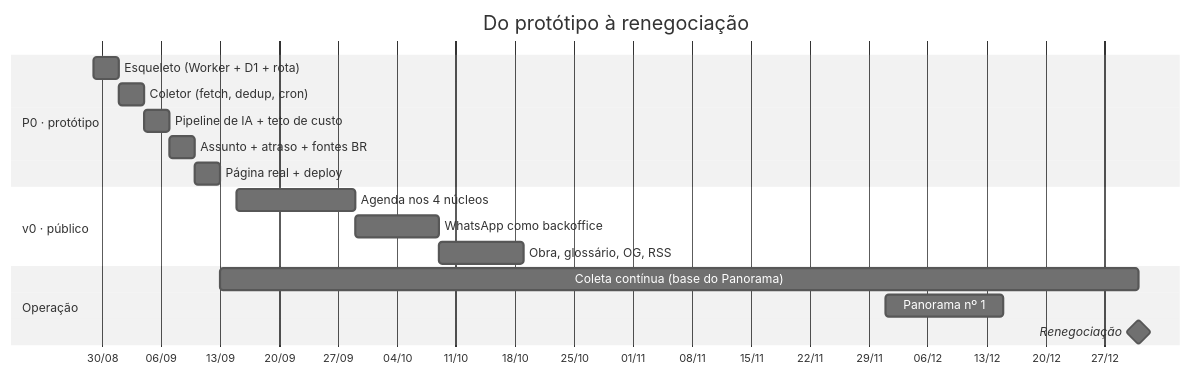
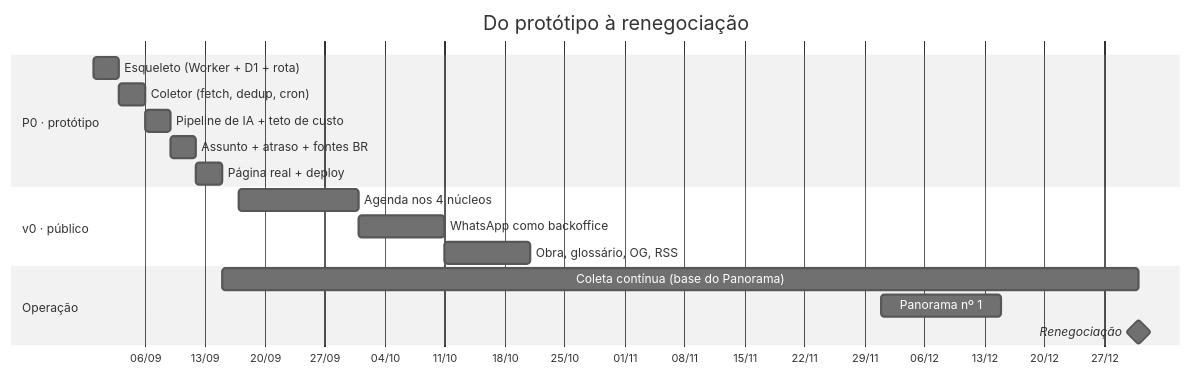
One commit to pethrus07/instituto-automacao changed the diagram in docs/ROADMAP.md. Above: the diagram before and after it, drawn with Mermaid (neutral theme). The commit also changed other lines of this file and 18 other files, not shown here.

First line of the commit message:
feat: bloco 1 do P0 — Worker, schema do D1 e rotas de leitura

````diff
--- a/docs/ROADMAP.md
+++ b/docs/ROADMAP.md
@@ -6,20 +6,20 @@
 ```mermaid
 gantt
     dateFormat YYYY-MM-DD
     axisFormat %d/%m
     title  Do protótipo à renegociação
     section P0 · protótipo
-    Esqueleto (Worker + D1 + rota)      :p1, 2026-08-29, 3d
+    Esqueleto (Worker + D1 + rota)      :p1, 2026-08-31, 3d
     Coletor (fetch, dedup, cron)        :p2, after p1, 3d
     Pipeline de IA + teto de custo      :p3, after p2, 3d
     Assunto + atraso + fontes BR        :p4, after p3, 3d
     Página real + deploy                :p5, after p4, 3d
     section v0 · público
-    Agenda nos 4 núcleos                :v1, 2026-09-15, 14d
+    Agenda nos 4 núcleos                :v1, 2026-09-17, 14d
     WhatsApp como backoffice            :v2, after v1, 10d
     Obra, glossário, OG, RSS            :v3, after v2, 10d
     section Operação
-    Coleta contínua (base do Panorama)  :o1, 2026-09-13, 109d
+    Coleta contínua (base do Panorama)  :o1, 2026-09-15, 107d
     Panorama nº 1                       :o2, 2026-12-01, 14d
     Renegociação                        :milestone, 2026-12-31, 0d
 ```
````
